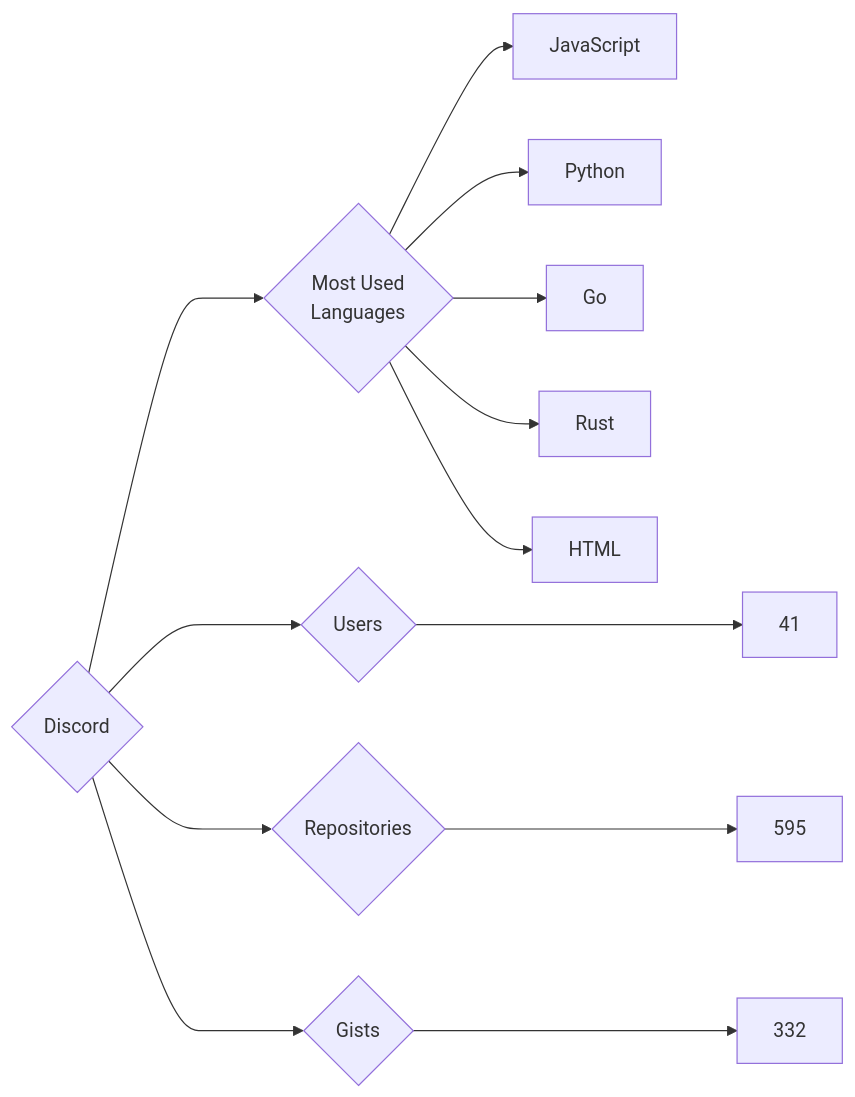
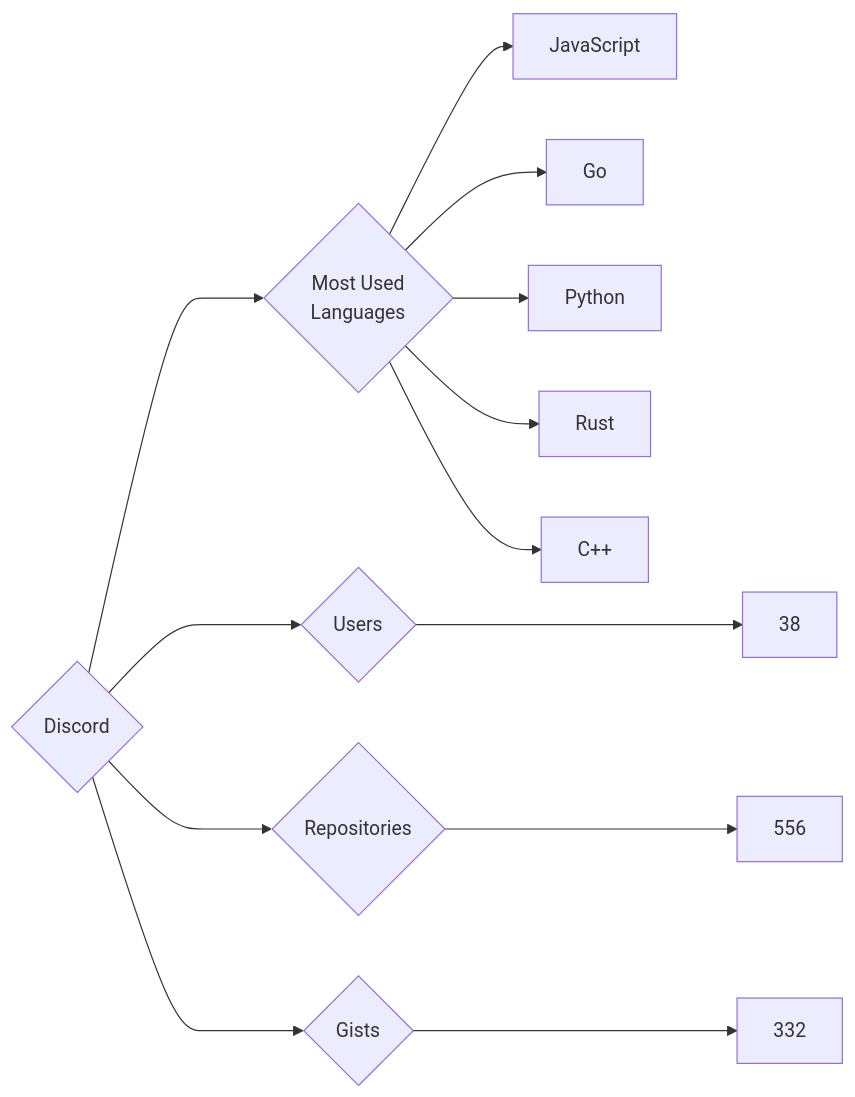
Before and after one commit to trickest/insiders: the diagram in targets/Discord/README.md, drawn with Mermaid. The commit also changed 953 other files, not shown here.

````diff
--- a/targets/Discord/README.md
+++ b/targets/Discord/README.md
@@ -3,13 +3,13 @@
 ```mermaid
 graph LR
 COMPANY_NAME{Discord}
-COMPANY_NAME ---> U{Users} ---> UN[41]
-COMPANY_NAME ---> R{Repositories} ---> RN[595]
+COMPANY_NAME ---> U{Users} ---> UN[38]
+COMPANY_NAME ---> R{Repositories} ---> RN[556]
 COMPANY_NAME ---> G{Gists} ---> GN[332]
 COMPANY_NAME ---> ML{Most Used<br>Languages}
 ML --> JavaScript[JavaScript]
+ML --> Go[Go]
 ML --> Python[Python]
-ML --> Go[Go]
 ML --> Rust[Rust]
-ML --> HTML[HTML]
+ML --> C++[C++]
 ```
````
